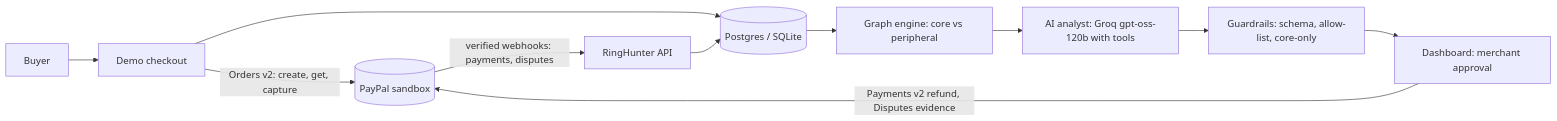
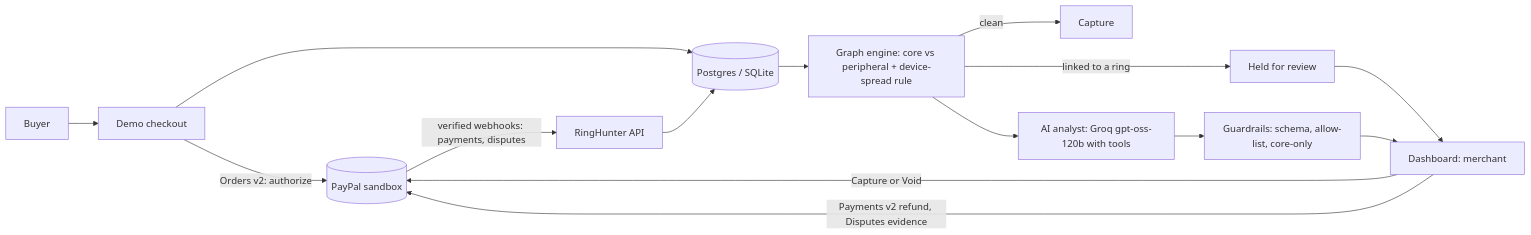
Before and after one commit to Ajitesh1234/RingHunter: the diagram in README.md, drawn with Mermaid. The commit also changed other lines of this file and 5 other files, not shown here.

Commit message:
Self-test panel, device-spread rule, README update

````diff
--- a/README.md
+++ b/README.md
@@ -21,13 +39,17 @@
 ```mermaid
 flowchart LR
   B[Buyer] --> S[Demo checkout]
-  S -->|Orders v2: create, get, capture| P[(PayPal sandbox)]
+  S -->|Orders v2: authorize| P[(PayPal sandbox)]
+  S --> D[(Postgres / SQLite)]
+  D --> G[Graph engine: core vs peripheral + device-spread rule]
+  G -->|clean| C[Capture]
+  G -->|linked to a ring| H[Held for review]
+  H --> M[Dashboard: merchant]
+  M -->|Capture or Void| P
   P -->|verified webhooks: payments, disputes| W[RingHunter API]
-  S --> D[(Postgres / SQLite)]
   W --> D
-  D --> G[Graph engine: core vs peripheral]
   G --> A[AI analyst: Groq gpt-oss-120b with tools]
   A --> R[Guardrails: schema, allow-list, core-only]
-  R --> M[Dashboard: merchant approval]
+  R --> M
   M -->|Payments v2 refund, Disputes evidence| P
 ```
````
